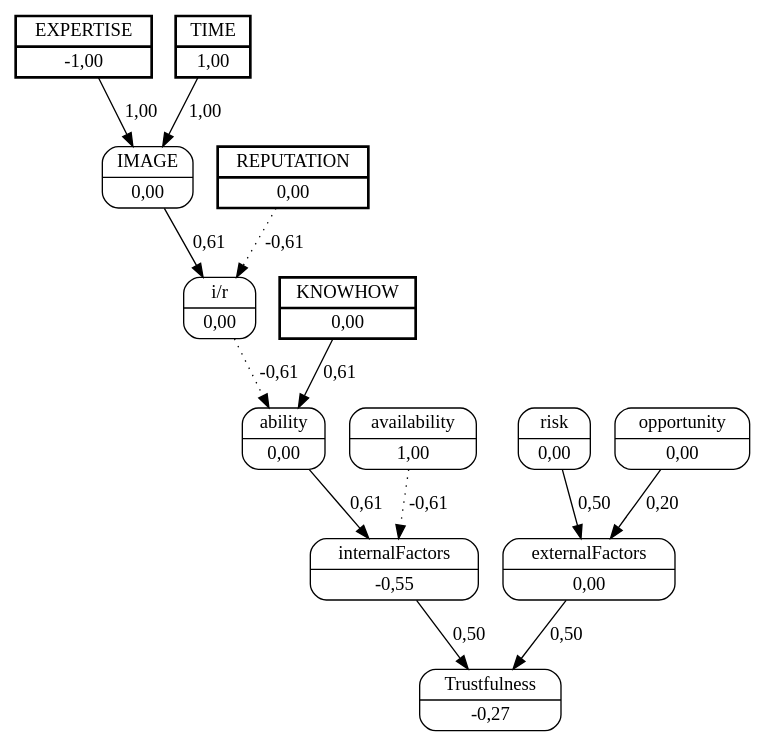
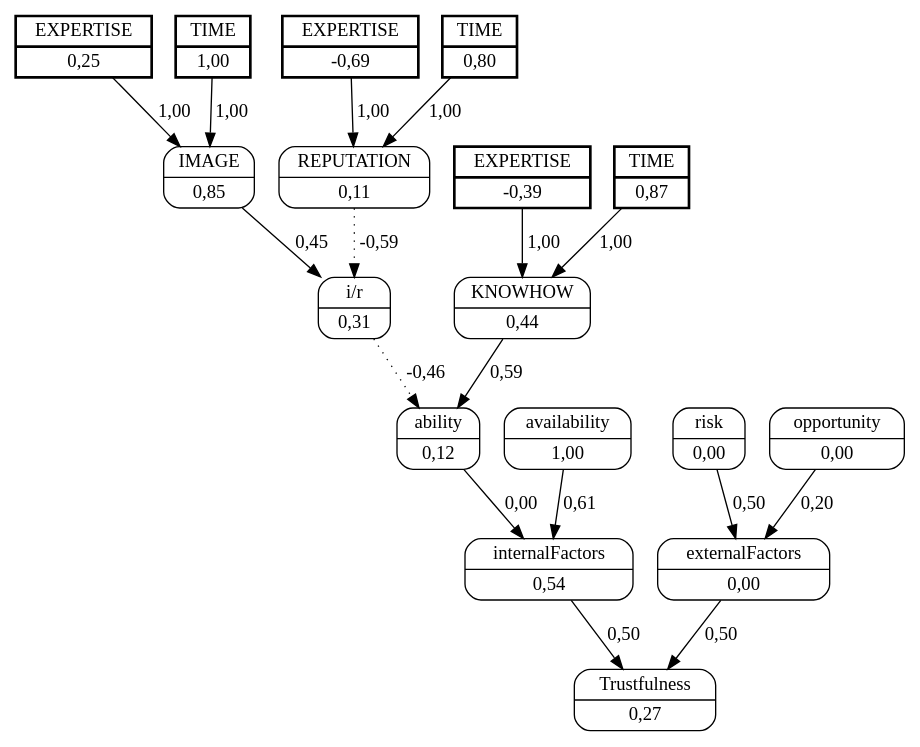
The diagram in unload_boxes/dots/truck_9worker_1.dot (jjbaqueta/unload_experiment), drawn with Graphviz before and after one commit. The commit also changed 92 other files, not shown here.

```diff
--- a/unload_boxes/dots/truck_9worker_1.dot
+++ b/unload_boxes/dots/truck_9worker_1.dot
@@ -1,29 +1,38 @@
 digraph FCM_net{
 	node [shape=record, style=rounded]
-	11 [label="{EXPERTISE | -1,00}", style=bold, penwidth=2, peripheries=2];
+	11 [label="{EXPERTISE | 0,25}", style=bold, penwidth=2, peripheries=2];
 	12 [label="{TIME | 1,00}", style=bold, penwidth=2, peripheries=2];
-	1 [label="{REPUTATION | 0,00}", style=bold, penwidth=2, peripheries=2];
-	2 [label="{KNOWHOW | 0,00}", style=bold, penwidth=2, peripheries=2];
-	0 [label="{IMAGE | 0,00}"];
-	3 [label="{i/r | 0,00}"];
-	4 [label="{ability | 0,00}"];
+	13 [label="{EXPERTISE | -0,69}", style=bold, penwidth=2, peripheries=2];
+	14 [label="{TIME | 0,80}", style=bold, penwidth=2, peripheries=2];
+	15 [label="{EXPERTISE | -0,39}", style=bold, penwidth=2, peripheries=2];
+	16 [label="{TIME | 0,87}", style=bold, penwidth=2, peripheries=2];
+	0 [label="{IMAGE | 0,85}"];
+	1 [label="{REPUTATION | 0,11}"];
+	2 [label="{KNOWHOW | 0,44}"];
+	3 [label="{i/r | 0,31}"];
+	4 [label="{ability | 0,12}"];
 	5 [label="{availability | 1,00}"];
-	6 [label="{internalFactors | -0,55}"];
+	6 [label="{internalFactors | 0,54}"];
 	7 [label="{risk | 0,00}"];
 	8 [label="{opportunity | 0,00}"];
 	9 [label="{externalFactors | 0,00}"];
-	10 [label="{Trustfulness | -0,27}"];
-	11 [label="{EXPERTISE | -1,00}"];
-	0 -> 3 [label = "0,61"];
-	1 -> 3 [label = "-0,61", style=dotted];
-	3 -> 4 [label = "-0,61", style=dotted];
-	2 -> 4 [label = "0,61"];
-	4 -> 6 [label = "0,61"];
-	5 -> 6 [label = "-0,61", style=dotted];
+	10 [label="{Trustfulness | 0,27}"];
+	11 [label="{EXPERTISE | 0,25}"];
+	13 [label="{EXPERTISE | -0,69}"];
+	0 -> 3 [label = "0,45"];
+	1 -> 3 [label = "-0,59", style=dotted];
+	3 -> 4 [label = "-0,46", style=dotted];
+	2 -> 4 [label = "0,59"];
+	4 -> 6 [label = "0,00"];
+	5 -> 6 [label = "0,61"];
 	6 -> 10 [label = "0,50"];
 	7 -> 9 [label = "0,50"];
 	8 -> 9 [label = "0,20"];
 	9 -> 10 [label = "0,50"];
 	11 -> 0 [label = "1,00"];
 	12 -> 0 [label = "1,00"];
+	13 -> 1 [label = "1,00"];
+	14 -> 1 [label = "1,00"];
+	15 -> 2 [label = "1,00"];
+	16 -> 2 [label = "1,00"];
 }
```
